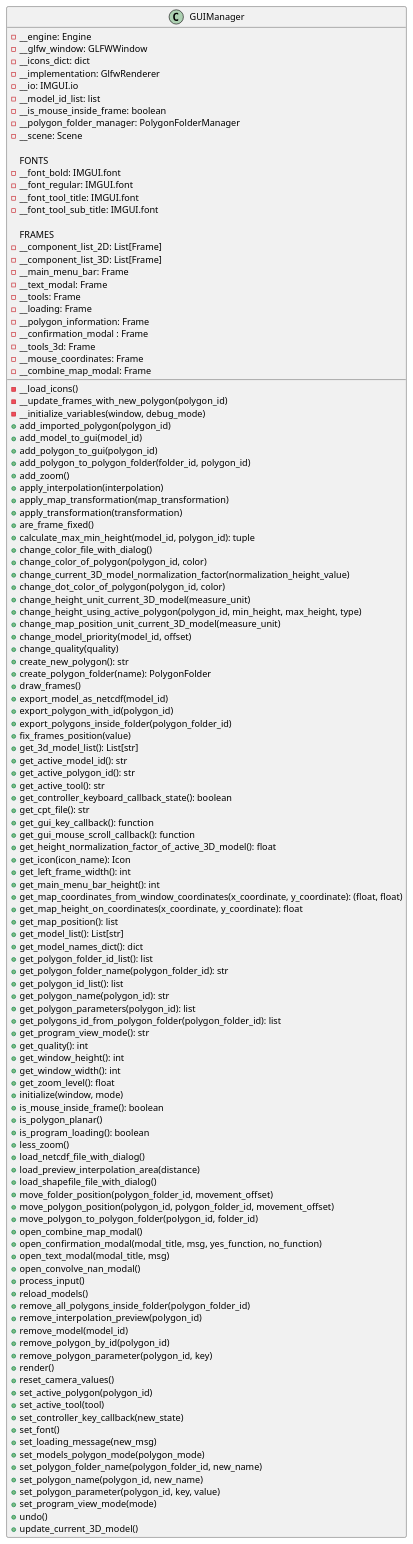
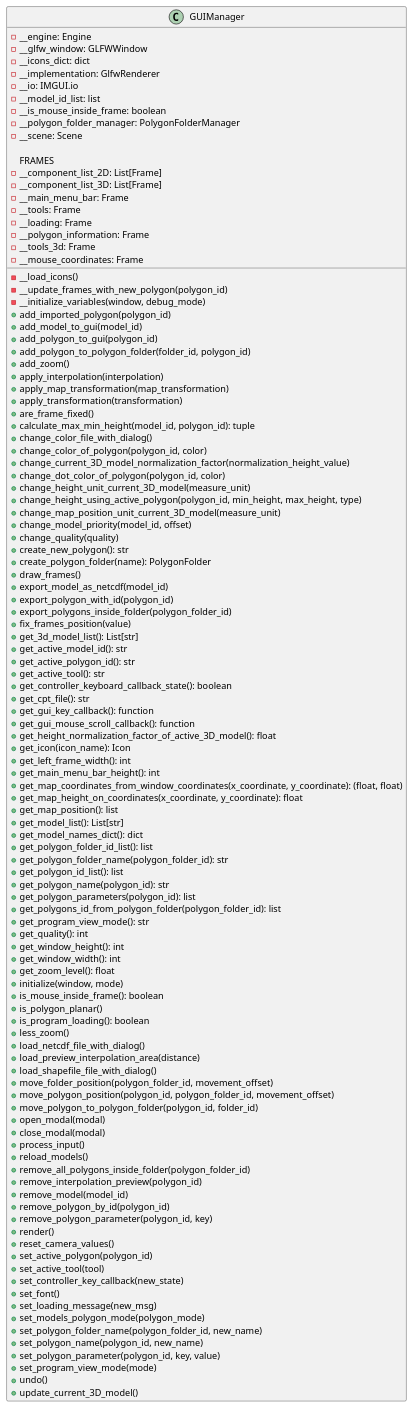
One commit to ferpoble2/Relief_Creator changed the diagram in docs/classes/GUIManager.puml. Above: the diagram before and after it, drawn with PlantUML. The commit also changed 5 other files, not shown here.

```diff
--- a/docs/classes/GUIManager.puml
+++ b/docs/classes/GUIManager.puml
@@ -1,127 +1,116 @@
 @startuml
 'https://plantuml.com/class-diagram
 class GUIManager{
     - __engine: Engine
     - __glfw_window: GLFWWindow
     - __icons_dict: dict
     - __implementation: GlfwRenderer
     - __io: IMGUI.io
     - __model_id_list: list
     - __is_mouse_inside_frame: boolean
     - __polygon_folder_manager: PolygonFolderManager
     - __scene: Scene
 
-    FONTS
-    - __font_bold: IMGUI.font
-    - __font_regular: IMGUI.font
-    - __font_tool_title: IMGUI.font
-    - __font_tool_sub_title: IMGUI.font
-
     FRAMES
     - __component_list_2D: List[Frame]
     - __component_list_3D: List[Frame]
     - __main_menu_bar: Frame
-    - __text_modal: Frame
     - __tools: Frame
     - __loading: Frame
     - __polygon_information: Frame
-    - __confirmation_modal : Frame
     - __tools_3d: Frame
     - __mouse_coordinates: Frame
-    - __combine_map_modal: Frame
 
     - __load_icons()
     - __update_frames_with_new_polygon(polygon_id)
     - __initialize_variables(window, debug_mode)
     + add_imported_polygon(polygon_id)
     + add_model_to_gui(model_id)
     + add_polygon_to_gui(polygon_id)
     + add_polygon_to_polygon_folder(folder_id, polygon_id)
     + add_zoom()
     + apply_interpolation(interpolation)
     + apply_map_transformation(map_transformation)
     + apply_transformation(transformation)
     + are_frame_fixed()
     + calculate_max_min_height(model_id, polygon_id): tuple
     + change_color_file_with_dialog()
     + change_color_of_polygon(polygon_id, color)
     + change_current_3D_model_normalization_factor(normalization_height_value)
     + change_dot_color_of_polygon(polygon_id, color)
     + change_height_unit_current_3D_model(measure_unit)
     + change_height_using_active_polygon(polygon_id, min_height, max_height, type)
     + change_map_position_unit_current_3D_model(measure_unit)
     + change_model_priority(model_id, offset)
     + change_quality(quality)
     + create_new_polygon(): str
     + create_polygon_folder(name): PolygonFolder
     + draw_frames()
     + export_model_as_netcdf(model_id)
     + export_polygon_with_id(polygon_id)
     + export_polygons_inside_folder(polygon_folder_id)
     + fix_frames_position(value)
     + get_3d_model_list(): List[str]
     + get_active_model_id(): str
     + get_active_polygon_id(): str
     + get_active_tool(): str
     + get_controller_keyboard_callback_state(): boolean
     + get_cpt_file(): str
     + get_gui_key_callback(): function
     + get_gui_mouse_scroll_callback(): function
     + get_height_normalization_factor_of_active_3D_model(): float
     + get_icon(icon_name): Icon
     + get_left_frame_width(): int
     + get_main_menu_bar_height(): int
     + get_map_coordinates_from_window_coordinates(x_coordinate, y_coordinate): (float, float)
     + get_map_height_on_coordinates(x_coordinate, y_coordinate): float
     + get_map_position(): list
     + get_model_list(): List[str]
     + get_model_names_dict(): dict
     + get_polygon_folder_id_list(): list
     + get_polygon_folder_name(polygon_folder_id): str
     + get_polygon_id_list(): list
     + get_polygon_name(polygon_id): str
     + get_polygon_parameters(polygon_id): list
     + get_polygons_id_from_polygon_folder(polygon_folder_id): list
     + get_program_view_mode(): str
     + get_quality(): int
     + get_window_height(): int
     + get_window_width(): int
     + get_zoom_level(): float
     + initialize(window, mode)
     + is_mouse_inside_frame(): boolean
     + is_polygon_planar()
     + is_program_loading(): boolean
     + less_zoom()
     + load_netcdf_file_with_dialog()
     + load_preview_interpolation_area(distance)
     + load_shapefile_file_with_dialog()
     + move_folder_position(polygon_folder_id, movement_offset)
     + move_polygon_position(polygon_id, polygon_folder_id, movement_offset)
     + move_polygon_to_polygon_folder(polygon_id, folder_id)
-    + open_combine_map_modal()
-    + open_confirmation_modal(modal_title, msg, yes_function, no_function)
-    + open_text_modal(modal_title, msg)
-    + open_convolve_nan_modal()
+    + open_modal(modal)
+    + close_modal(modal)
     + process_input()
     + reload_models()
     + remove_all_polygons_inside_folder(polygon_folder_id)
     + remove_interpolation_preview(polygon_id)
     + remove_model(model_id)
     + remove_polygon_by_id(polygon_id)
     + remove_polygon_parameter(polygon_id, key)
     + render()
     + reset_camera_values()
     + set_active_polygon(polygon_id)
     + set_active_tool(tool)
     + set_controller_key_callback(new_state)
     + set_font()
     + set_loading_message(new_msg)
     + set_models_polygon_mode(polygon_mode)
     + set_polygon_folder_name(polygon_folder_id, new_name)
     + set_polygon_name(polygon_id, new_name)
     + set_polygon_parameter(polygon_id, key, value)
     + set_program_view_mode(mode)
     + undo()
     + update_current_3D_model()
 }
 @enduml
```
